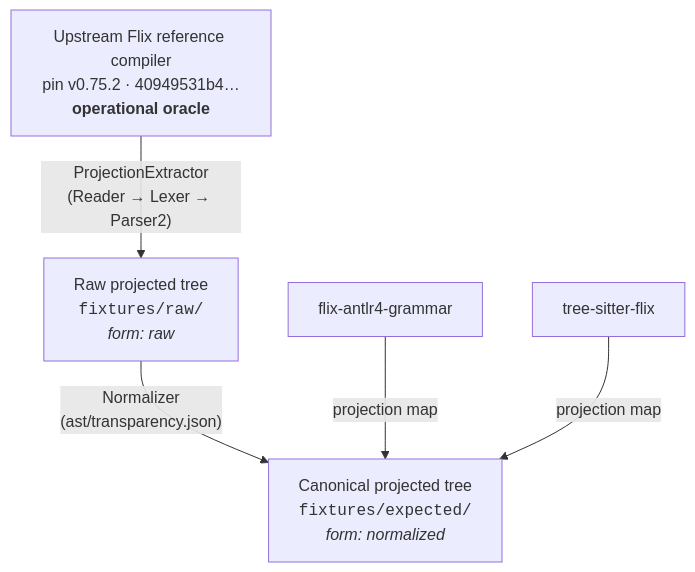
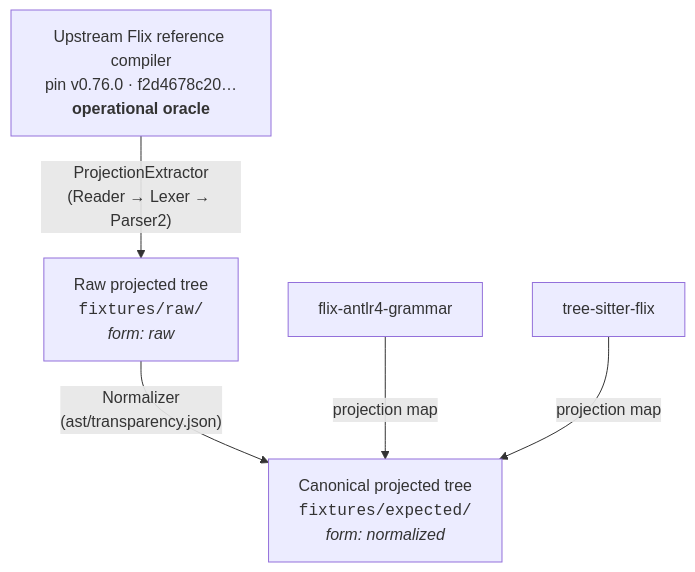
Before and after one commit to wstein/flix-spec: the diagram in docs/PROJECTION.md, drawn with Mermaid. The commit also changed 312 other files, not shown here.

First line of the commit message:
feat(oracle): migrate specification to Flix v0.76.0

````diff
--- a/docs/PROJECTION.md
+++ b/docs/PROJECTION.md
@@ -14,13 +14,13 @@
 ```mermaid
 flowchart TD
-    UP["Upstream Flix reference compiler<br/>pin v0.75.2 · 40949531b4…<br/><b>operational oracle</b>"]
+    UP["Upstream Flix reference compiler<br/>pin v0.76.0 · f2d4678c20…<br/><b>operational oracle</b>"]
     RAW["Raw projected tree<br/><code>fixtures/raw/</code><br/><i>form: raw</i>"]
     CANON["Canonical projected tree<br/><code>fixtures/expected/</code><br/><i>form: normalized</i>"]
     C1["flix-antlr4-grammar"]
     C2["tree-sitter-flix"]
 
     UP -->|"ProjectionExtractor<br/>(Reader → Lexer → Parser2)"| RAW
     RAW -->|"Normalizer<br/>(ast/transparency.json)"| CANON
     C1 -->|"projection map"| CANON
     C2 -->|"projection map"| CANON
 ```
````
